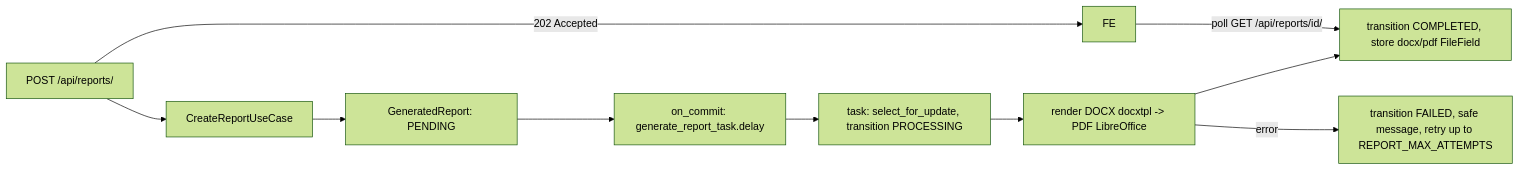
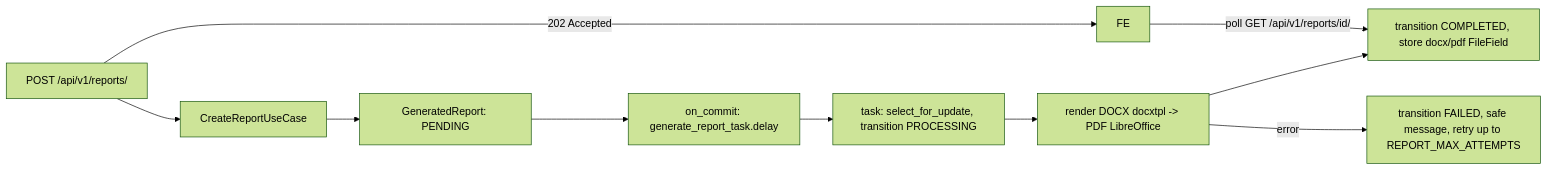
The second of 2 diagrams in docs/CODEBASE_MAP.md (abdalrahmanshoshara-eng/platform-Services), drawn with Mermaid (forest theme) before and after one commit. The commit also changed other lines of this file and 42 other files, not shown here.

````diff
--- a/docs/CODEBASE_MAP.md
+++ b/docs/CODEBASE_MAP.md
@@ -84,12 +84,12 @@
 ```mermaid
 flowchart LR
-  A[POST /api/reports/] --> B[CreateReportUseCase]
+  A[POST /api/v1/reports/] --> B[CreateReportUseCase]
   B --> C[GeneratedReport: PENDING]
   C --> D[on_commit: generate_report_task.delay]
   A -->|202 Accepted| FE
   D --> E[task: select_for_update, transition PROCESSING]
   E --> F[render DOCX docxtpl -> PDF LibreOffice]
   F --> G[transition COMPLETED, store docx/pdf FileField]
   F -->|error| H[transition FAILED, safe message, retry up to REPORT_MAX_ATTEMPTS]
-  FE -->|poll GET /api/reports/id/| G
+  FE -->|poll GET /api/v1/reports/id/| G
 ```
````
